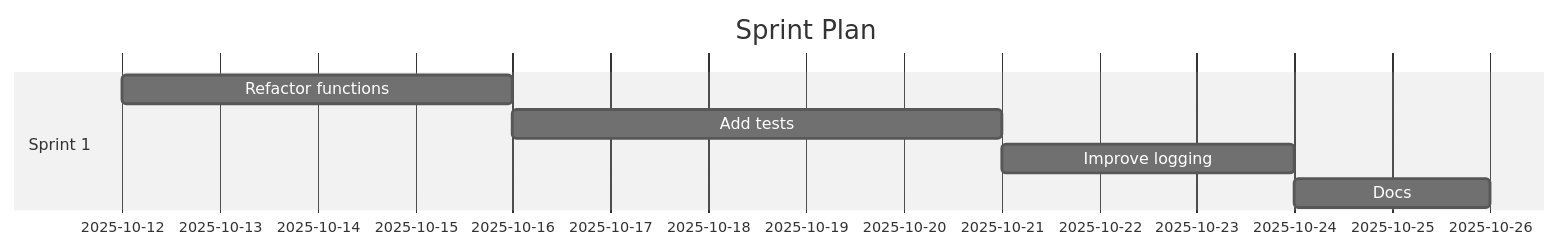
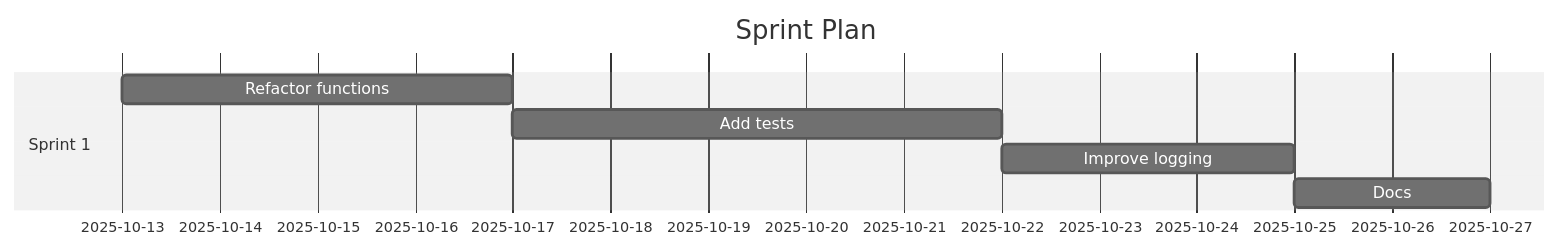
The diagram in demos/demo-code-analysis.sprint.md (Anselmoo/mcp-ai-agent-guidelines), drawn with Mermaid (neutral theme) before and after one commit. The commit also changed other lines of this file and 10 other files, not shown here.

````diff
--- a/demos/demo-code-analysis.sprint.md
+++ b/demos/demo-code-analysis.sprint.md
@@ -59,11 +59,11 @@
 ```mermaid
 gantt
 	dateFormat  YYYY-MM-DD
 	title Sprint Plan
 %% Accessibility: Title=Project Sprint Plan; Description=Gantt chart of sprints and tasks over time. %%
   section Sprint 1
-  Refactor functions :s1t0, 2025-10-12, 4d
-  Add tests :s1t1, 2025-10-16, 5d
-  Improve logging :s1t2, 2025-10-21, 3d
-  Docs :s1t3, 2025-10-24, 2d
+  Refactor functions :s1t0, 2025-10-13, 4d
+  Add tests :s1t1, 2025-10-17, 5d
+  Improve logging :s1t2, 2025-10-22, 3d
+  Docs :s1t3, 2025-10-25, 2d
 ```
````
